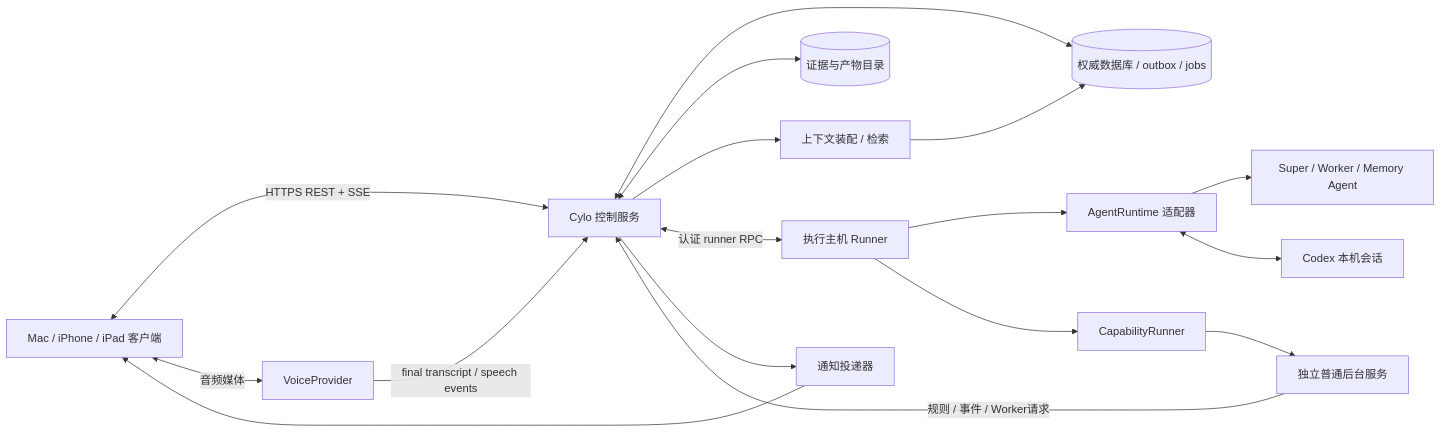
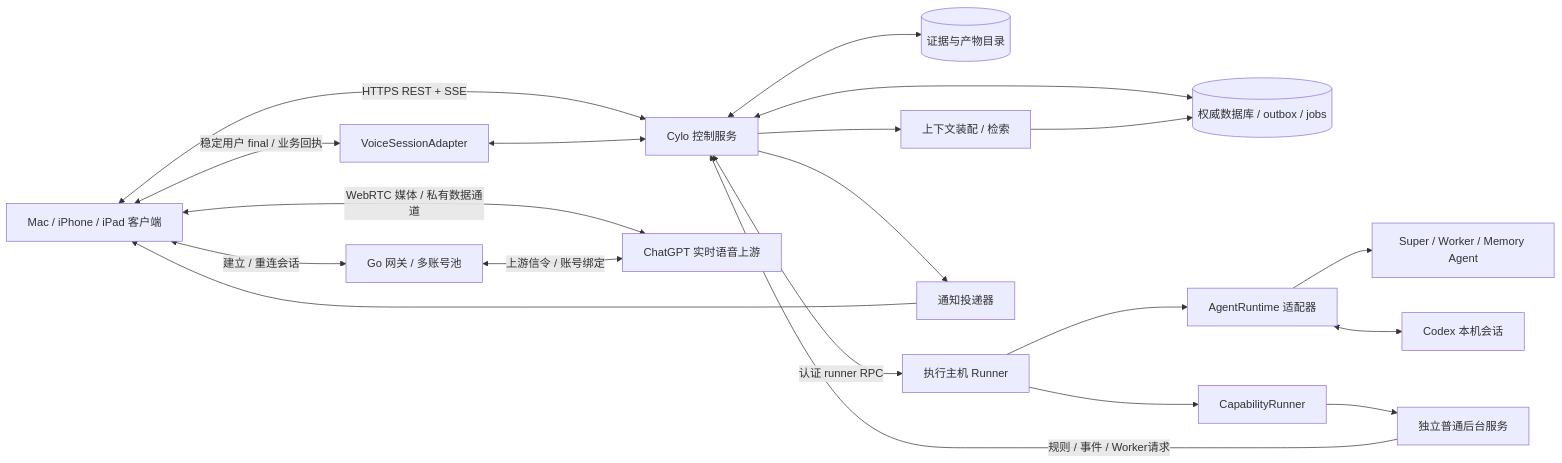
One commit to ronigooja/Cylo changed the first of 3 diagrams in docs/research/04-architecture.md. Above: the diagram before and after it, drawn with Mermaid. The commit also changed other lines of this file and 4 other files, not shown here.

Commit message:
docs: integrate realtime voice account scheduling and native handoff architecture

````diff
--- a/docs/research/04-architecture.md
+++ b/docs/research/04-architecture.md
@@ -23,19 +23,22 @@
 ```mermaid
 flowchart LR
   PWA[Mac / iPhone / iPad 客户端] <-->|HTTPS REST + SSE| CP[Cylo 控制服务]
-  PWA <-->|音频媒体| VP[VoiceProvider]
-  VP -->|final transcript / speech events| CP
+  PWA <-->|WebRTC 媒体 / 私有数据通道| UP[ChatGPT 实时语音上游]
+  PWA <-->|建立 / 重连会话| GW[Go 网关 / 多账号池]
+  GW <-->|上游信令 / 账号绑定| UP
+  PWA <-->|稳定用户 final / 业务回执| VP[VoiceSessionAdapter]
+  VP <--> CP
   CP <--> DB[(权威数据库 / outbox / jobs)]
   CP <--> OBJ[(证据与产物目录)]
   CP --> CTX[上下文装配 / 检索]
   CTX --> DB
   CP <-->|认证 runner RPC| R[执行主机 Runner]
   R --> AR[AgentRuntime 适配器]
   AR --> S[Super / Worker / Memory Agent]
   AR <--> CX[Codex 本机会话]
   R --> CR[CapabilityRunner]
   CR --> SV[独立普通后台服务]
   SV -->|规则 / 事件 / Worker请求| CP
   CP --> PN[通知投递器]
   PN --> PWA
 ```
````
